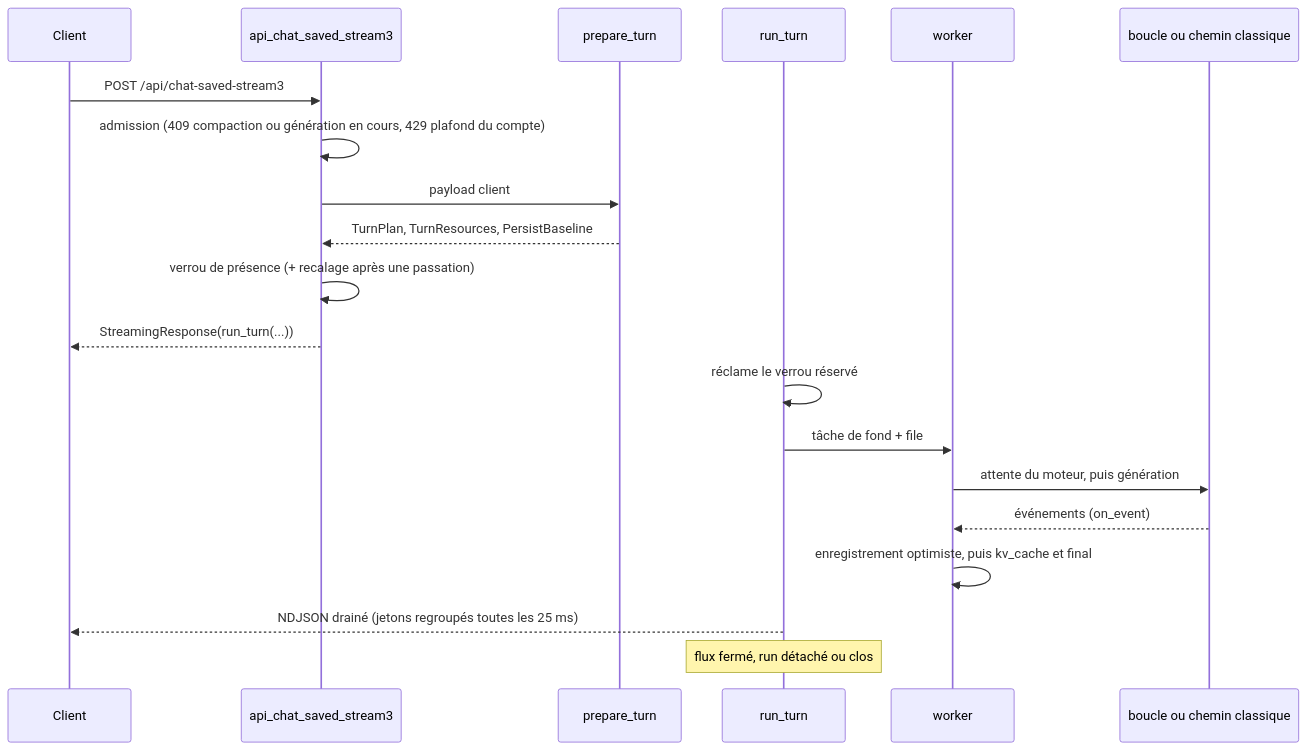
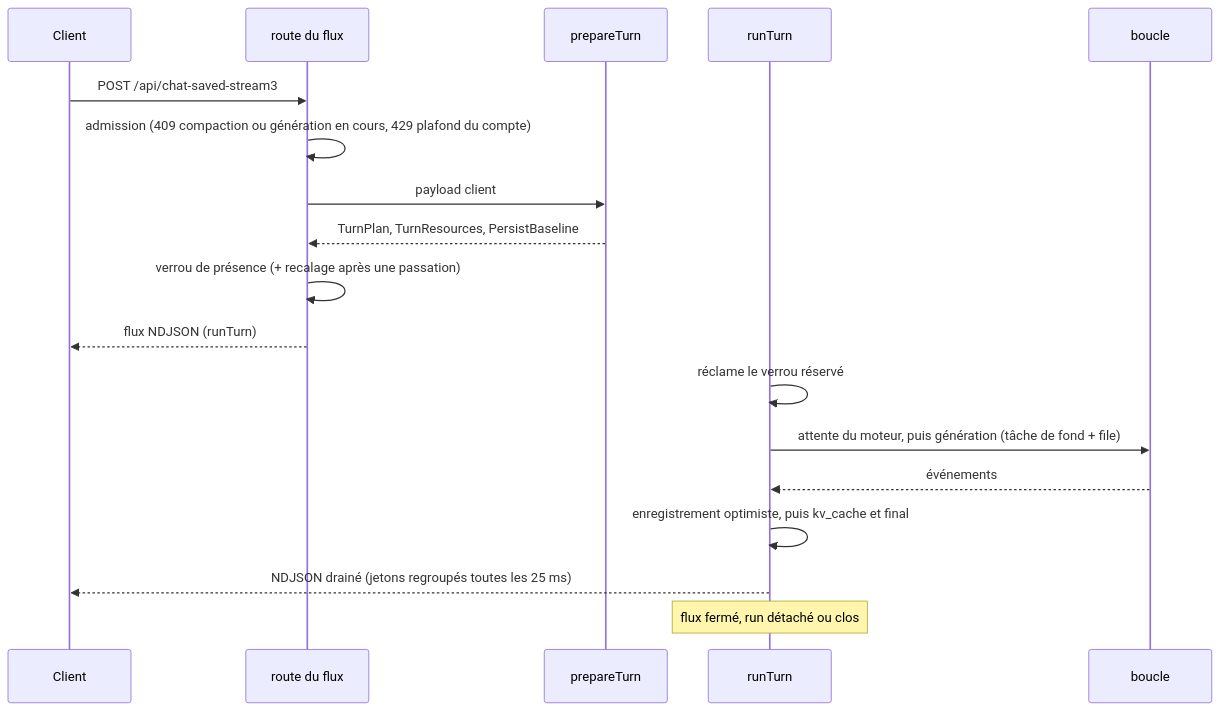
Before and after one commit to toto-fou/Elpis: the seventh of 16 diagrams in docs/architecture.md, drawn with Mermaid. The commit also changed other lines of this file and 2475 other files, not shown here.

````diff
--- a/docs/architecture.md
+++ b/docs/architecture.md
@@ -691,22 +716,20 @@
 ```mermaid
 sequenceDiagram
     participant C as Client
-    participant H as api_chat_saved_stream3
-    participant P as prepare_turn
-    participant R as run_turn
-    participant W as worker
-    participant B as boucle ou chemin classique
+    participant H as route du flux
+    participant P as prepareTurn
+    participant R as runTurn
+    participant B as boucle
     C->>H: POST /api/chat-saved-stream3
     H->>H: admission (409 compaction ou génération en cours, 429 plafond du compte)
     H->>P: payload client
     P-->>H: TurnPlan, TurnResources, PersistBaseline
     H->>H: verrou de présence (+ recalage après une passation)
-    H-->>C: StreamingResponse(run_turn(...))
+    H-->>C: flux NDJSON (runTurn)
     R->>R: réclame le verrou réservé
-    R->>W: tâche de fond + file
-    W->>B: attente du moteur, puis génération
-    B-->>W: événements (on_event)
-    W->>W: enregistrement optimiste, puis kv_cache et final
+    R->>B: attente du moteur, puis génération (tâche de fond + file)
+    B-->>R: événements
+    R->>R: enregistrement optimiste, puis kv_cache et final
     R-->>C: NDJSON drainé (jetons regroupés toutes les 25 ms)
     Note over R: flux fermé, run détaché ou clos
 ```
````
